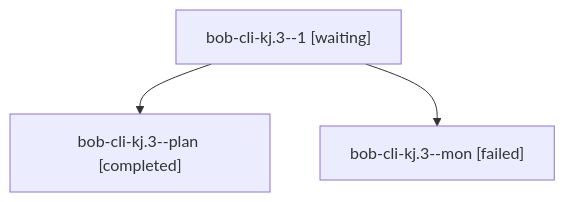
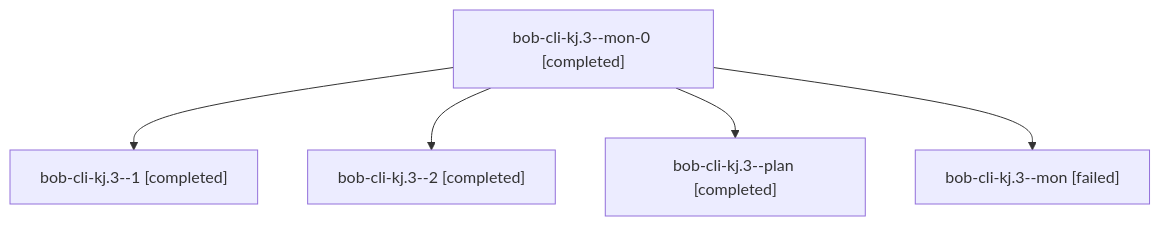
Before and after one commit to bobs-org/bob-cli--agents: the diagram in sessions/bbugyi200.athena.bob-cli-kj.3.md, drawn with Mermaid. The commit also changed other lines of this file and 56 other files, not shown here.

````diff
--- a/sessions/bbugyi200.athena.bob-cli-kj.3.md
+++ b/sessions/bbugyi200.athena.bob-cli-kj.3.md
@@ -9,8 +9,12 @@
 ```mermaid
 flowchart TD
-  n0["bob-cli-kj.3--1 [waiting]"]
-  n1["bob-cli-kj.3--plan [completed]"]
+  n0["bob-cli-kj.3--mon-0 [completed]"]
+  n1["bob-cli-kj.3--1 [completed]"]
   n0 --> n1
-  n2["bob-cli-kj.3--mon [failed]"]
+  n2["bob-cli-kj.3--2 [completed]"]
   n0 --> n2
+  n3["bob-cli-kj.3--plan [completed]"]
+  n0 --> n3
+  n4["bob-cli-kj.3--mon [failed]"]
+  n0 --> n4
 ```
````
